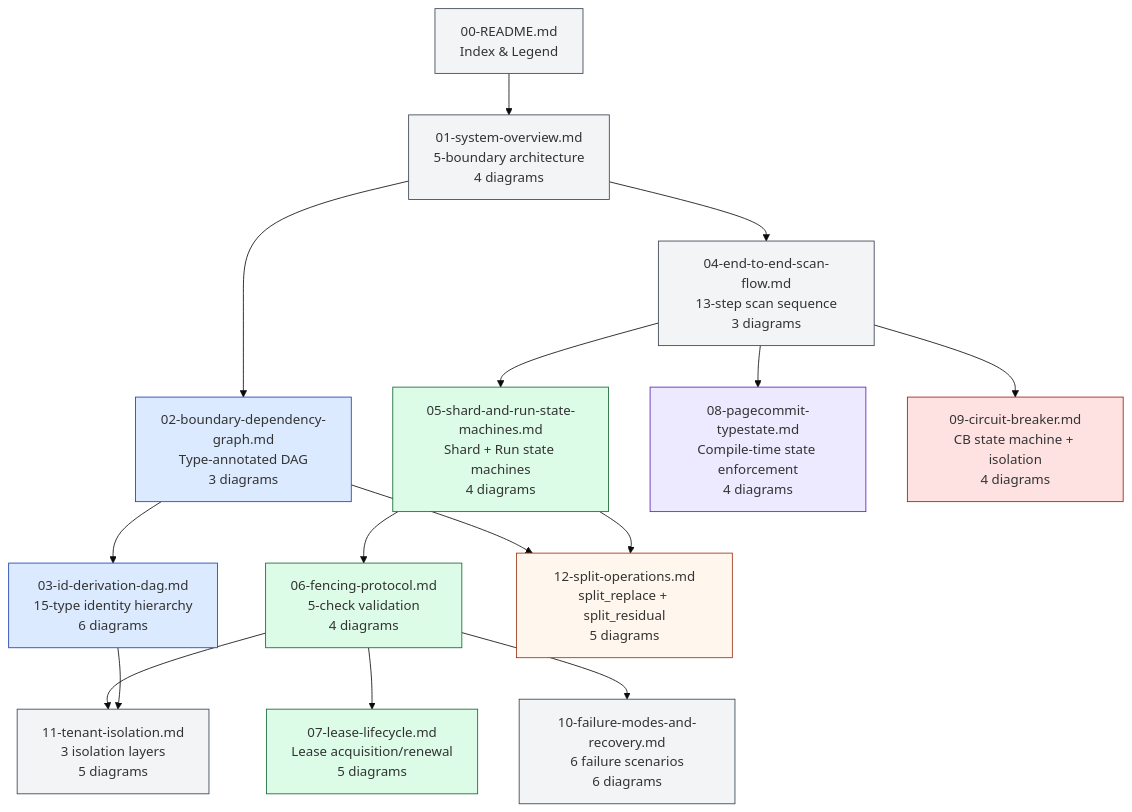
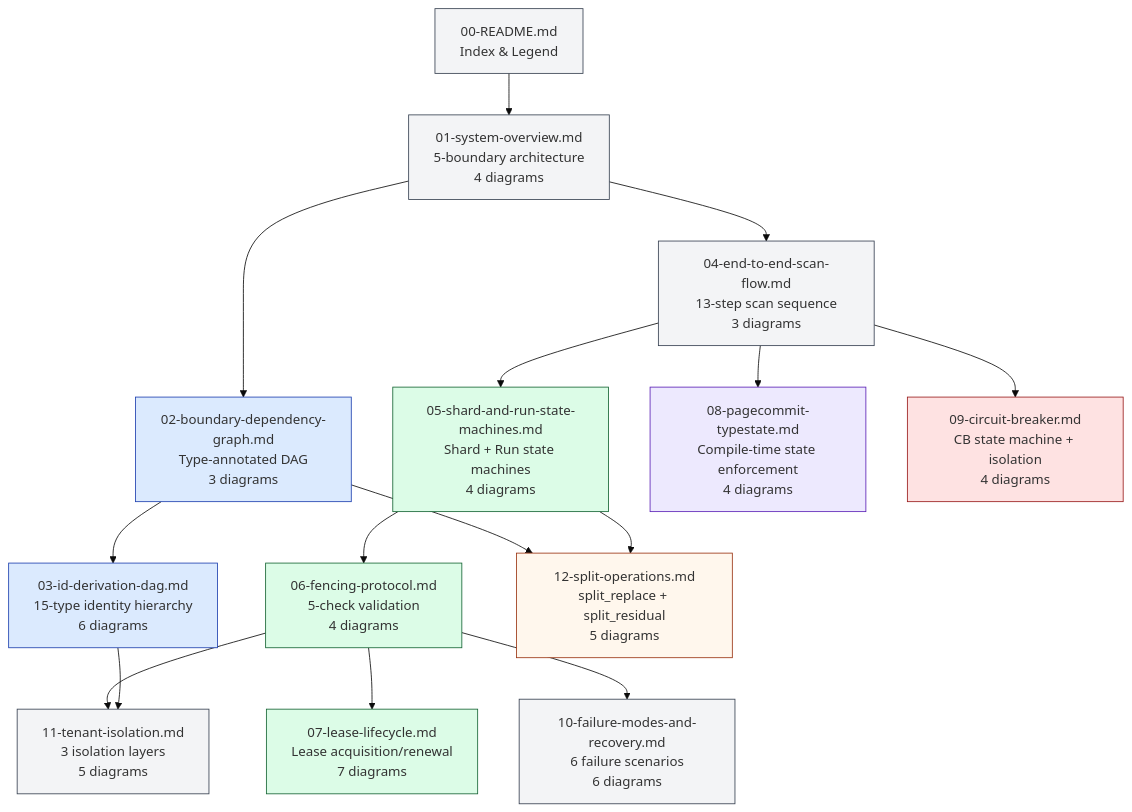
The diagram in diagrams/00-README.md (ahrav/Gossip-rs), drawn with Mermaid (base theme) before and after one commit. The commit also changed other lines of this file and 4 other files, not shown here.

Commit message:
credit based piggyback diagrams

````diff
--- a/diagrams/00-README.md
+++ b/diagrams/00-README.md
@@ -32,49 +32,49 @@
 ```mermaid
 %% Diagram: file-relationship-map
 graph TD
     R[00-README.md<br/>Index & Legend]
 
     SO[01-system-overview.md<br/>5-boundary architecture<br/>4 diagrams]
     BD[02-boundary-dependency-graph.md<br/>Type-annotated DAG<br/>3 diagrams]
     ID[03-id-derivation-dag.md<br/>15-type identity hierarchy<br/>6 diagrams]
     E2E[04-end-to-end-scan-flow.md<br/>13-step scan sequence<br/>3 diagrams]
 
     SM[05-shard-and-run-state-machines.md<br/>Shard + Run state machines<br/>4 diagrams]
     FP[06-fencing-protocol.md<br/>5-check validation<br/>4 diagrams]
-    LL[07-lease-lifecycle.md<br/>Lease acquisition/renewal<br/>5 diagrams]
+    LL[07-lease-lifecycle.md<br/>Lease acquisition/renewal<br/>7 diagrams]
     PC[08-pagecommit-typestate.md<br/>Compile-time state enforcement<br/>4 diagrams]
     CB[09-circuit-breaker.md<br/>CB state machine + isolation<br/>4 diagrams]
 
     FM[10-failure-modes-and-recovery.md<br/>6 failure scenarios<br/>6 diagrams]
     TI[11-tenant-isolation.md<br/>3 isolation layers<br/>5 diagrams]
     SP[12-split-operations.md<br/>split_replace + split_residual<br/>5 diagrams]
 
     R --> SO
     SO --> BD
     SO --> E2E
     BD --> ID
     BD --> SP
     E2E --> SM
     SM --> FP
     FP --> LL
     E2E --> PC
     E2E --> CB
     SM --> SP
     FP --> FM
     FP --> TI
     ID --> TI
 
     style R fill:#F3F4F6,stroke:#374151
     style SO fill:#F3F4F6,stroke:#374151
     style BD fill:#DBEAFE,stroke:#1E40AF
     style ID fill:#DBEAFE,stroke:#1E40AF
     style E2E fill:#F3F4F6,stroke:#374151
     style SM fill:#DCFCE7,stroke:#166534
     style FP fill:#DCFCE7,stroke:#166534
     style LL fill:#DCFCE7,stroke:#166534
     style PC fill:#EDE9FE,stroke:#5B21B6
     style CB fill:#FEE2E2,stroke:#991B1B
     style FM fill:#F3F4F6,stroke:#374151
     style TI fill:#F3F4F6,stroke:#374151
     style SP fill:#FFF7ED,stroke:#9A3412
 ```
````
